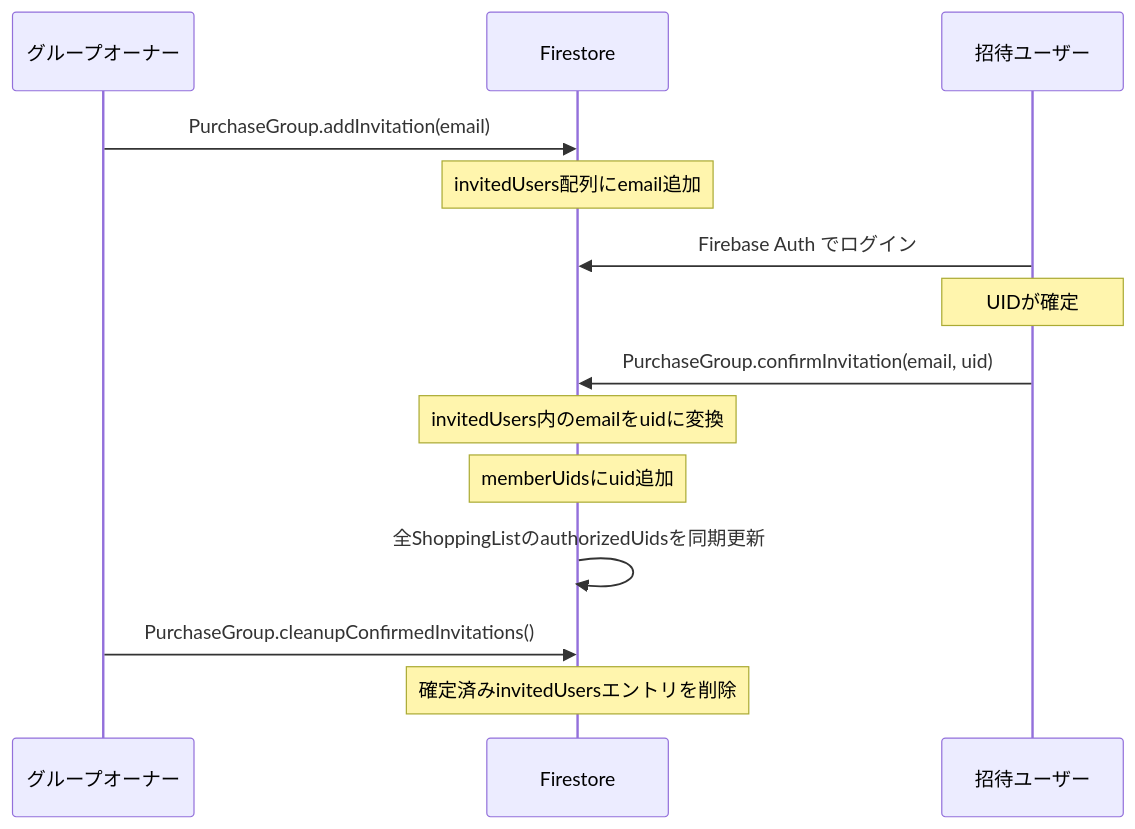
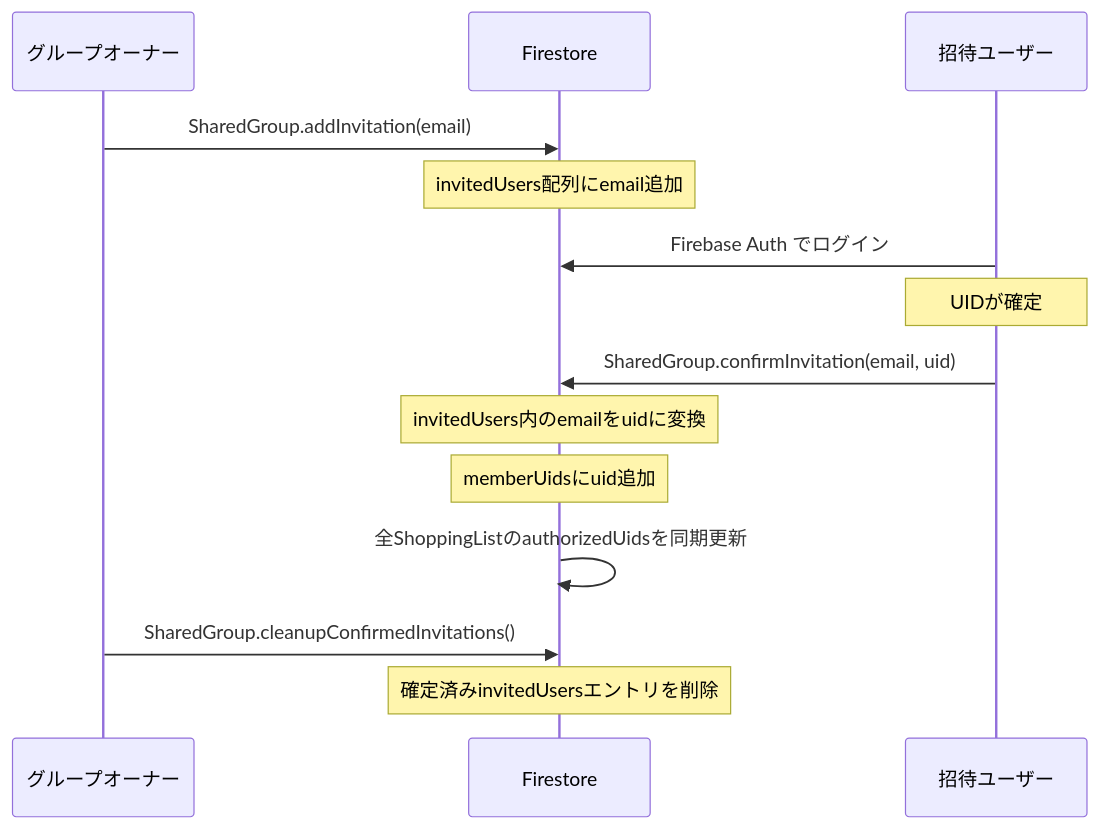
One commit to maya27AokiSawada/go_shop changed the first of 3 diagrams in docs/firestore_architecture.md. Above: the diagram before and after it, drawn with Mermaid. The commit also changed other lines of this file and 122 other files, not shown here.

````diff
--- a/docs/firestore_architecture.md
+++ b/docs/firestore_architecture.md
@@ -68,21 +68,21 @@
 ```mermaid
 sequenceDiagram
     participant A as グループオーナー
     participant F as Firestore
     participant B as 招待ユーザー
     
-    A->>F: PurchaseGroup.addInvitation(email)
+    A->>F: SharedGroup.addInvitation(email)
     Note over F: invitedUsers配列にemail追加
     
     B->>F: Firebase Auth でログイン
     Note over B: UIDが確定
     
-    B->>F: PurchaseGroup.confirmInvitation(email, uid)
+    B->>F: SharedGroup.confirmInvitation(email, uid)
     Note over F: invitedUsers内のemailをuidに変換
     Note over F: memberUidsにuid追加
     
     F->>F: 全ShoppingListのauthorizedUidsを同期更新
     
-    A->>F: PurchaseGroup.cleanupConfirmedInvitations()
+    A->>F: SharedGroup.cleanupConfirmedInvitations()
     Note over F: 確定済みinvitedUsersエントリを削除
 ```
````
